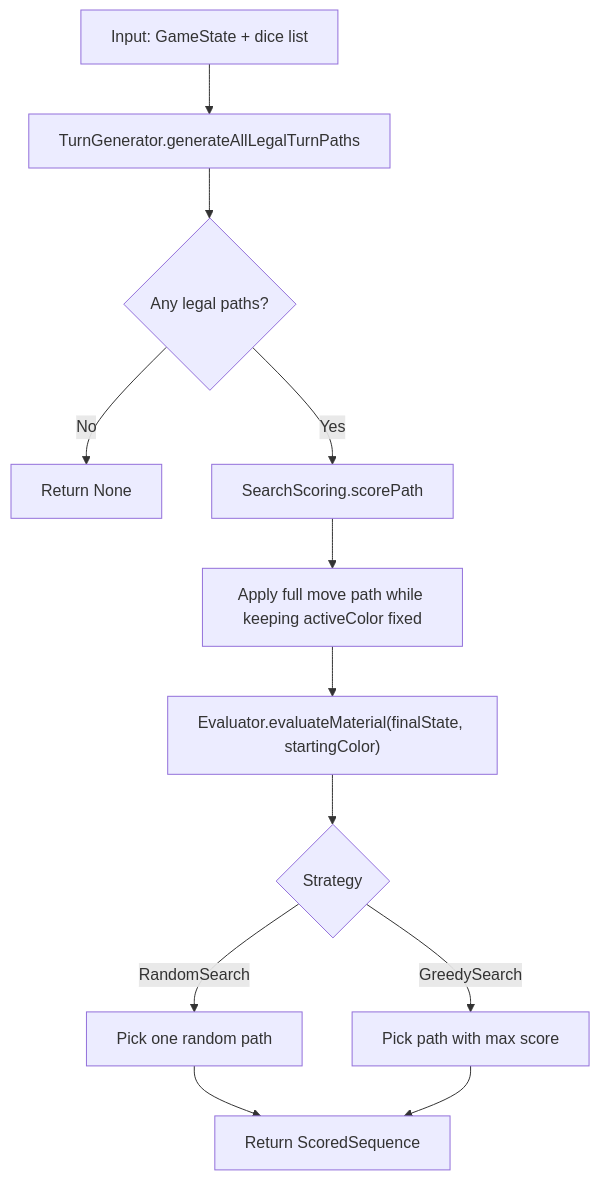
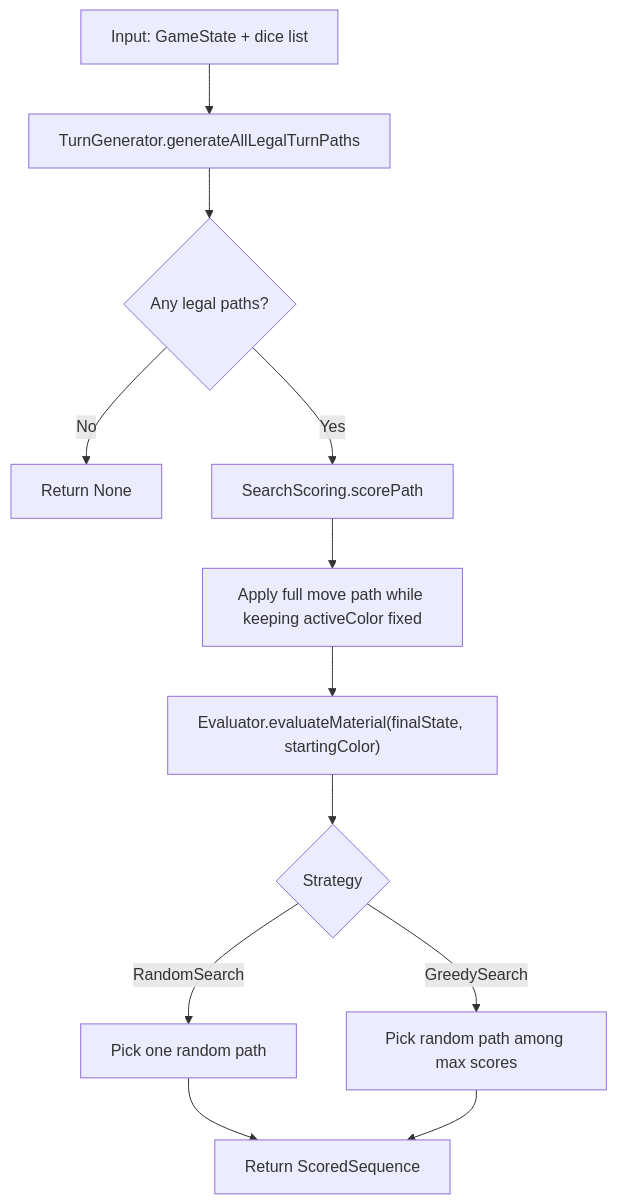
The first of 4 diagrams in docs/src/content/docs/architecture/primitive-search.md (rabestro/dicechess-engine-scala), drawn with Mermaid before and after one commit. The commit also changed other lines of this file and 3 other files, not shown here.

Commit message:
Introduce non-deterministic selection for equally scored paths in GreedySearch (closes #201)

````diff
--- a/docs/src/content/docs/architecture/primitive-search.md
+++ b/docs/src/content/docs/architecture/primitive-search.md
@@ -22,14 +22,14 @@
 ```mermaid
 graph TD
     A["Input: GameState + dice list"] --> B["TurnGenerator.generateAllLegalTurnPaths"]
     B --> C{"Any legal paths?"}
     C -- No --> D["Return None"]
     C -- Yes --> E["SearchScoring.scorePath"]
     E --> F["Apply full move path while keeping activeColor fixed"]
     F --> G["Evaluator.evaluateMaterial(finalState, startingColor)"]
     G --> H{"Strategy"}
     H -- RandomSearch --> I["Pick one random path"]
-    H -- GreedySearch --> J["Pick path with max score"]
+    H -- GreedySearch --> J["Pick random path among max scores"]
     I --> K["Return ScoredSequence"]
     J --> K
 ```
````
